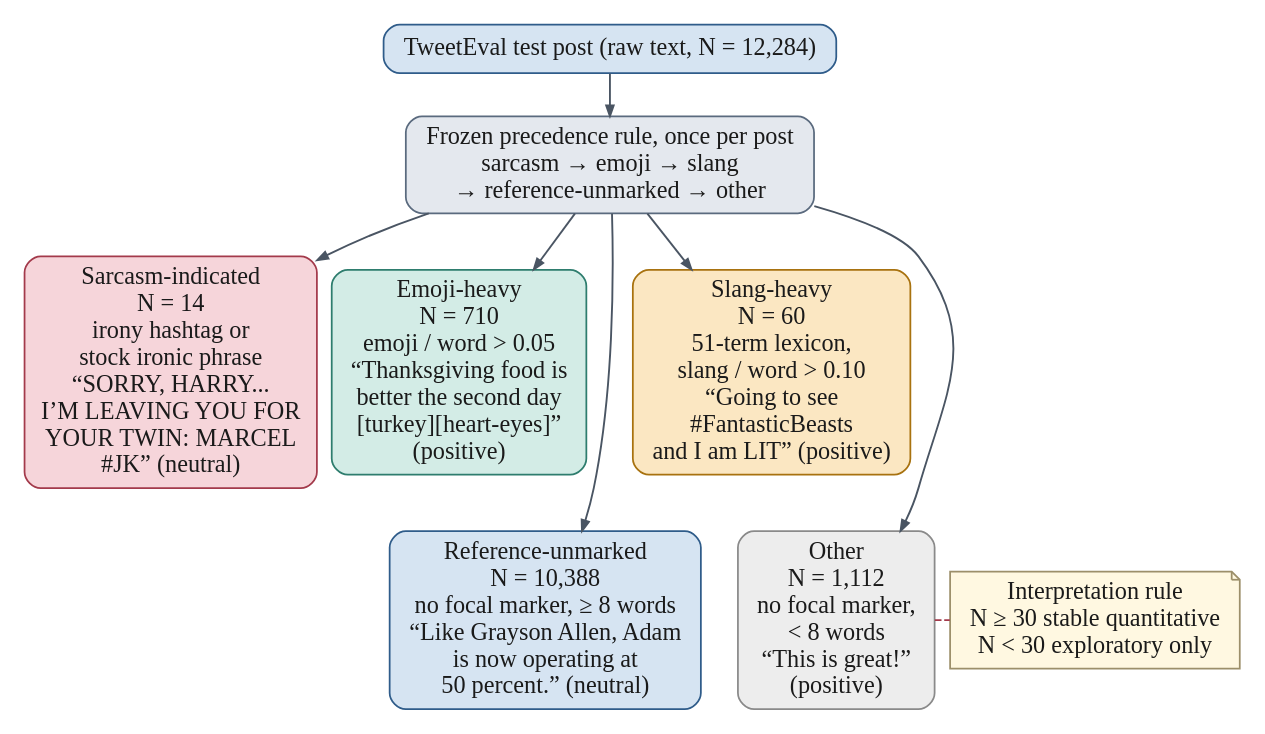
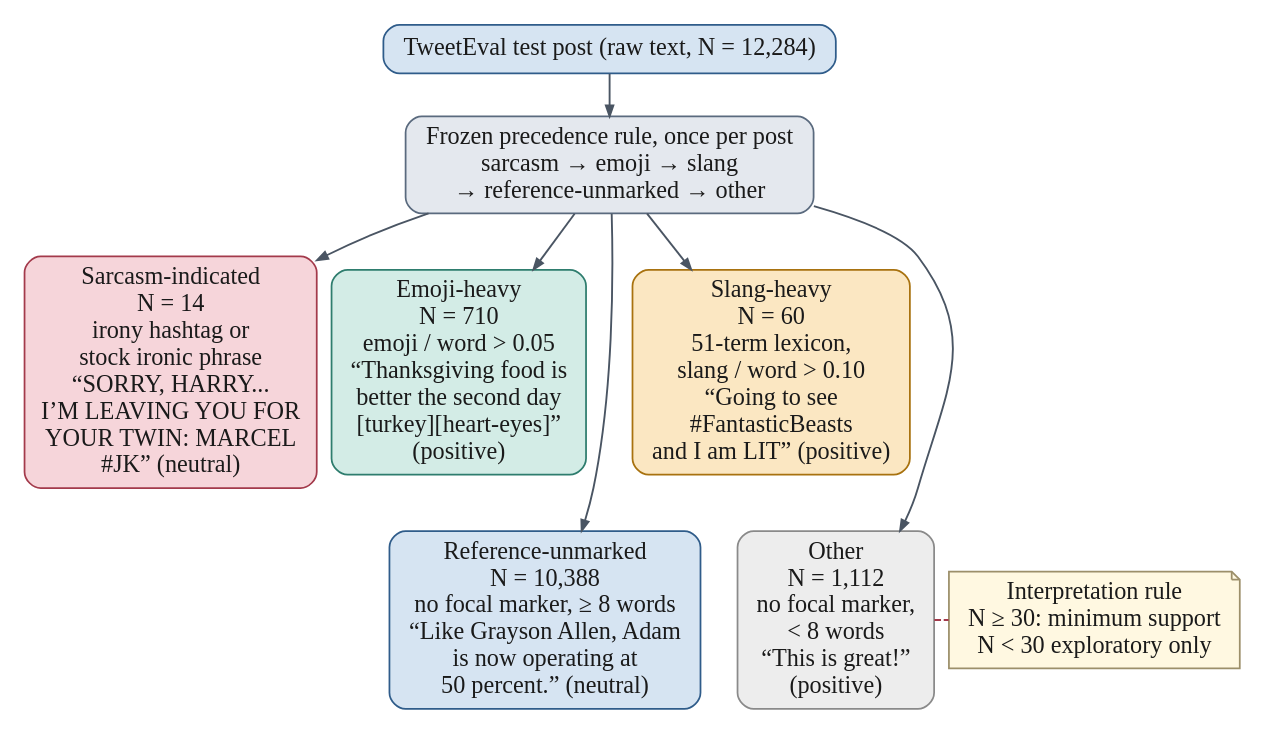
Before and after one commit to abtGIT/ethical-risk-assessment-sentiment-analysis-models-social-media-monitoring-bias-inclusivity: the diagram in figures/diagrams/source/Fig3_10.dot, drawn with Graphviz.

Commit message:
Align Figure 3.10 Graphviz source with V13_13 minimum-support rule

```diff
--- a/figures/diagrams/source/Fig3_10.dot
+++ b/figures/diagrams/source/Fig3_10.dot
@@ -1,22 +1,22 @@
 digraph G { rankdir=TB; bgcolor="white"; pad=0.15; nodesep=0.35; ranksep=0.45; newrank=true; nodesep=0.15;
  node [shape=box, style="rounded,filled", fontname="Liberation Serif", fontsize=18, fontcolor="#1A1A1A", penwidth=1.3, margin="0.18,0.08"];
  edge [color="#4A5563", penwidth=1.4, arrowsize=0.8, fontname="Liberation Serif", fontsize=16, fontcolor="#333333"];
  t [label="TweetEval test post (raw text, N = 12,284)", fillcolor="#D6E4F2", color="#2F5C8A"];
  r [label="Frozen precedence rule, once per post\nsarcasm → emoji → slang\n→ reference-unmarked → other", fillcolor="#E4E8EE", color="#5A6A7E"];
  s [label="Sarcasm-indicated\nN = 14\nirony hashtag or\nstock ironic phrase\n“SORRY, HARRY...\nI’M LEAVING YOU FOR\nYOUR TWIN: MARCEL\n#JK” (neutral)", fillcolor="#F6D5DA", color="#A33A4B"];
  e [label="Emoji-heavy\nN = 710\nemoji / word > 0.05\n“Thanksgiving food is\nbetter the second day\n[turkey][heart-eyes]”\n(positive)", fillcolor="#D3ECE6", color="#2E7D6E"];
  sl [label="Slang-heavy\nN = 60\n51-term lexicon,\nslang / word > 0.10\n“Going to see\n#FantasticBeasts\nand I am LIT” (positive)", fillcolor="#FBE7C2", color="#A8720F"];
  ru [label="Reference-unmarked\nN = 10,388\nno focal marker, ≥ 8 words\n“Like Grayson Allen, Adam\nis now operating at\n50 percent.” (neutral)", fillcolor="#D6E4F2", color="#2F5C8A"];
  ot [label="Other\nN = 1,112\nno focal marker,\n< 8 words\n“This is great!”\n(positive)", fillcolor="#EDEDED", color="#8A8A8A"];
- n [label="Interpretation rule\nN ≥ 30 stable quantitative\nN < 30 exploratory only", fillcolor="#FFF8E1", color="#9C8F6A", shape=note, style="filled"];
+ n [label="Interpretation rule\nN ≥ 30: minimum support\nN < 30 exploratory only", fillcolor="#FFF8E1", color="#9C8F6A", shape=note, style="filled"];
  t -> r [];
  r -> s [];
  r -> e [];
  r -> sl [];
  r -> ru [];
  r -> ot [];
  e -> ru [style=invis]; sl -> ot [style=invis];
  ot -> n [style=dashed, dir=none, color="#A33A4B"];
  {rank=same; s; e; sl;}
  {rank=same; ru; ot; n;}
 }
```
